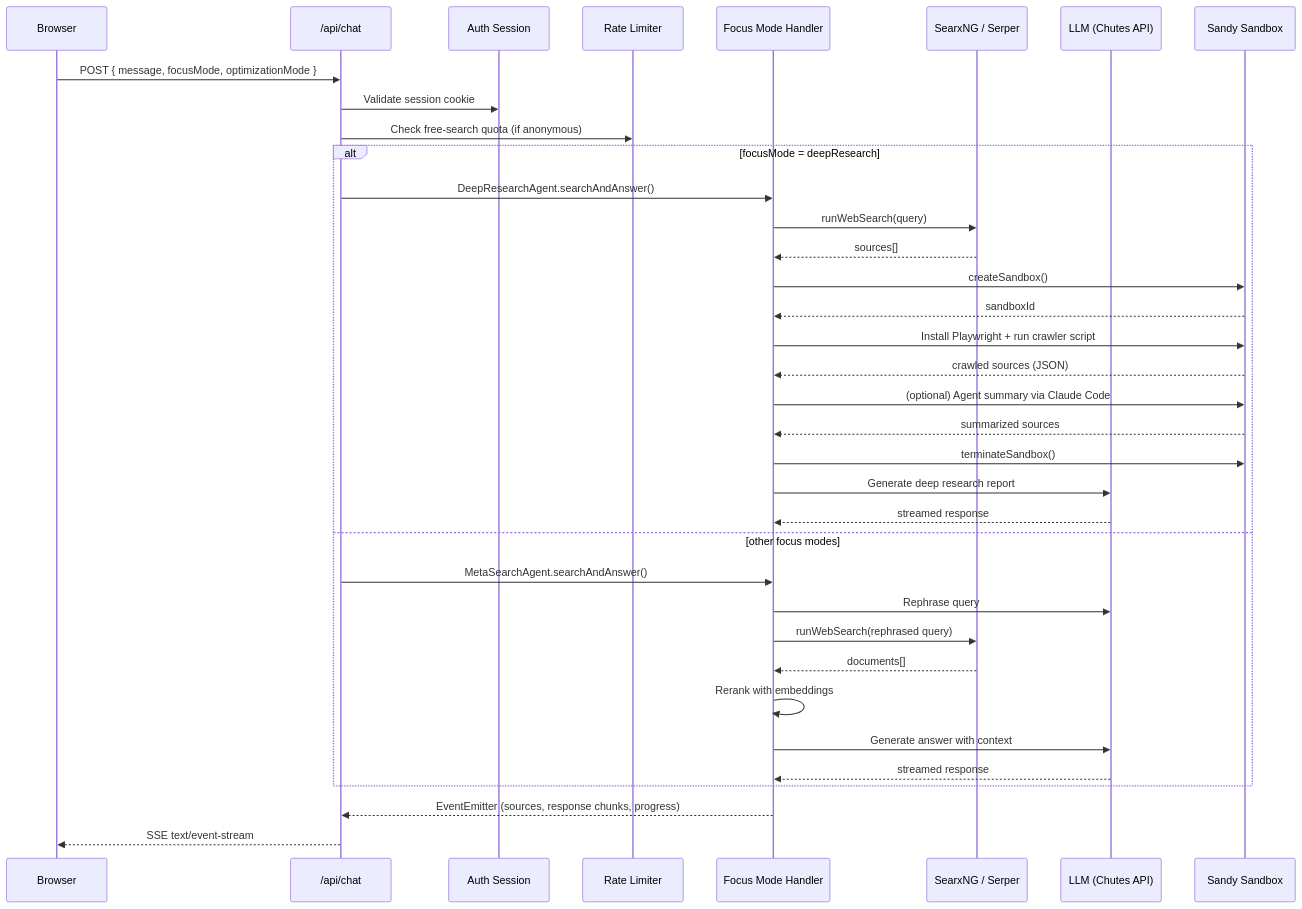
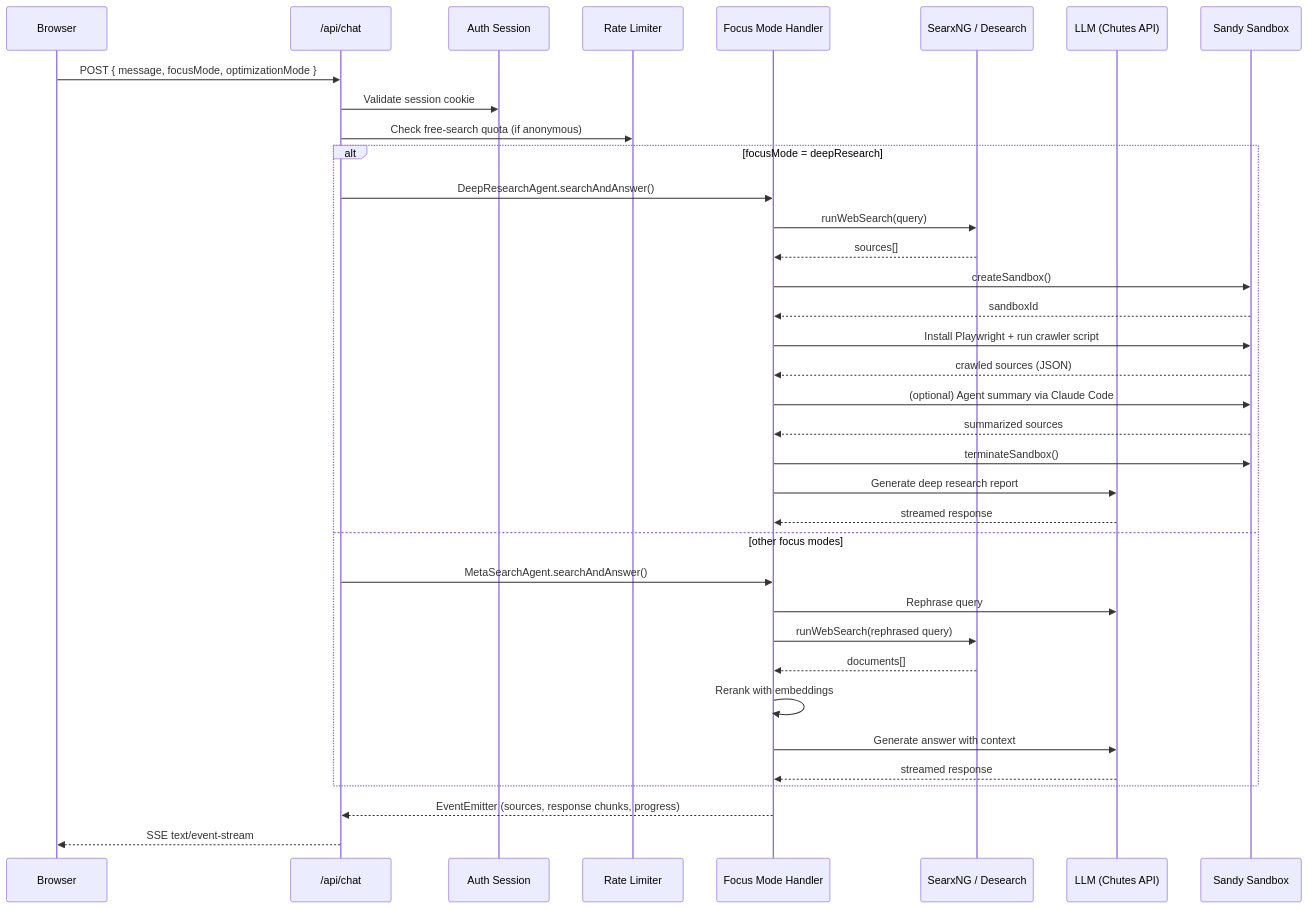
Before and after one commit to chutesai/chutes-search: the diagram in docs2/diagrams/01-architecture-overview-diagram-2.mmd, drawn with Mermaid. The commit also changed 17 other files, not shown here.

Commit message:
Switch web search fallback to Desearch

```diff
--- a/docs2/diagrams/01-architecture-overview-diagram-2.mmd
+++ b/docs2/diagrams/01-architecture-overview-diagram-2.mmd
@@ -1,39 +1,39 @@
 sequenceDiagram
     participant Browser
     participant API as /api/chat
     participant Auth as Auth Session
     participant RL as Rate Limiter
     participant Handler as Focus Mode Handler
-    participant Search as SearxNG / Serper
+    participant Search as SearxNG / Desearch
     participant LLM as LLM (Chutes API)
     participant Sandy as Sandy Sandbox
 
     Browser->>API: POST { message, focusMode, optimizationMode }
     API->>Auth: Validate session cookie
     API->>RL: Check free-search quota (if anonymous)
 
     alt focusMode = deepResearch
         API->>Handler: DeepResearchAgent.searchAndAnswer()
         Handler->>Search: runWebSearch(query)
         Search-->>Handler: sources[]
         Handler->>Sandy: createSandbox()
         Sandy-->>Handler: sandboxId
         Handler->>Sandy: Install Playwright + run crawler script
         Sandy-->>Handler: crawled sources (JSON)
         Handler->>Sandy: (optional) Agent summary via Claude Code
         Sandy-->>Handler: summarized sources
         Handler->>Sandy: terminateSandbox()
         Handler->>LLM: Generate deep research report
         LLM-->>Handler: streamed response
     else other focus modes
         API->>Handler: MetaSearchAgent.searchAndAnswer()
         Handler->>LLM: Rephrase query
         Handler->>Search: runWebSearch(rephrased query)
         Search-->>Handler: documents[]
         Handler->>Handler: Rerank with embeddings
         Handler->>LLM: Generate answer with context
         LLM-->>Handler: streamed response
     end
 
     Handler-->>API: EventEmitter (sources, response chunks, progress)
     API-->>Browser: SSE text/event-stream
```
